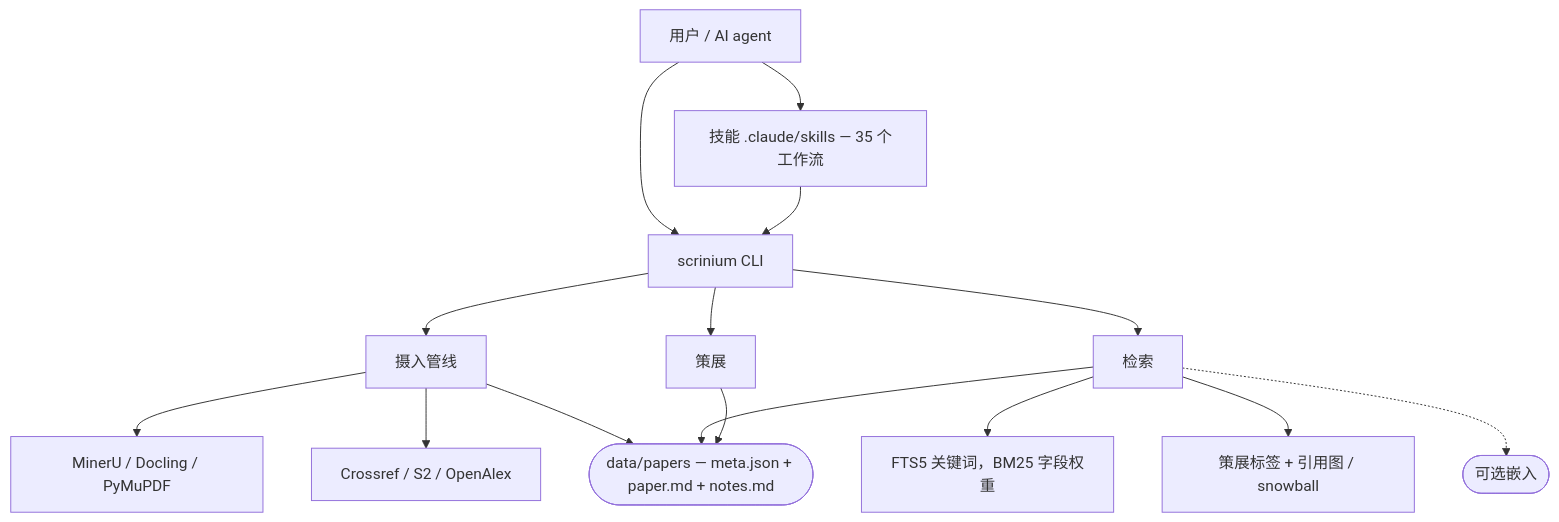
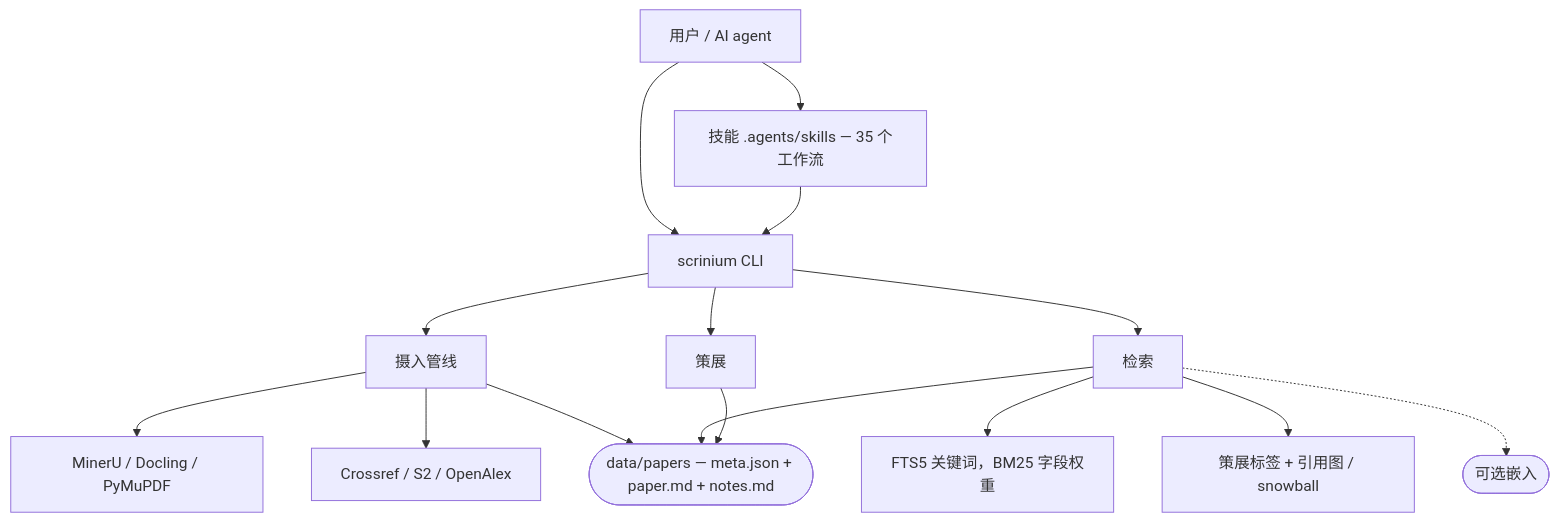
One commit to wszqkzqk/scrinium changed the diagram in README_CN.md. Above: the diagram before and after it, drawn with Mermaid. The commit also changed other lines of this file and 43 other files, not shown here.

First line of the commit message:
Make .agents/skills the canonical skills location

````diff
--- a/README_CN.md
+++ b/README_CN.md
@@ -34,18 +34,18 @@
 ```mermaid
 flowchart TB
-    U["用户 / AI agent"] --> S["技能 .claude/skills — 35 个工作流"]
+    U["用户 / AI agent"] --> S["技能 .agents/skills — 35 个工作流"]
     U --> C[scrinium CLI]
     S --> C
     C --> ING[摄入管线]
     C --> RET[检索]
     C --> CUR[策展]
     ING --> PARSERS["MinerU / Docling / PyMuPDF"]
     ING --> APIS["Crossref / S2 / OpenAlex"]
     RET --> FTS[FTS5 关键词，BM25 字段权重]
     RET --> TAGS["策展标签 + 引用图 / snowball"]
     RET -.-> VEC(["可选嵌入"])
     DB(["data/papers — meta.json + paper.md + notes.md"])
     ING --> DB
     RET --> DB
     CUR --> DB
 ```
````
